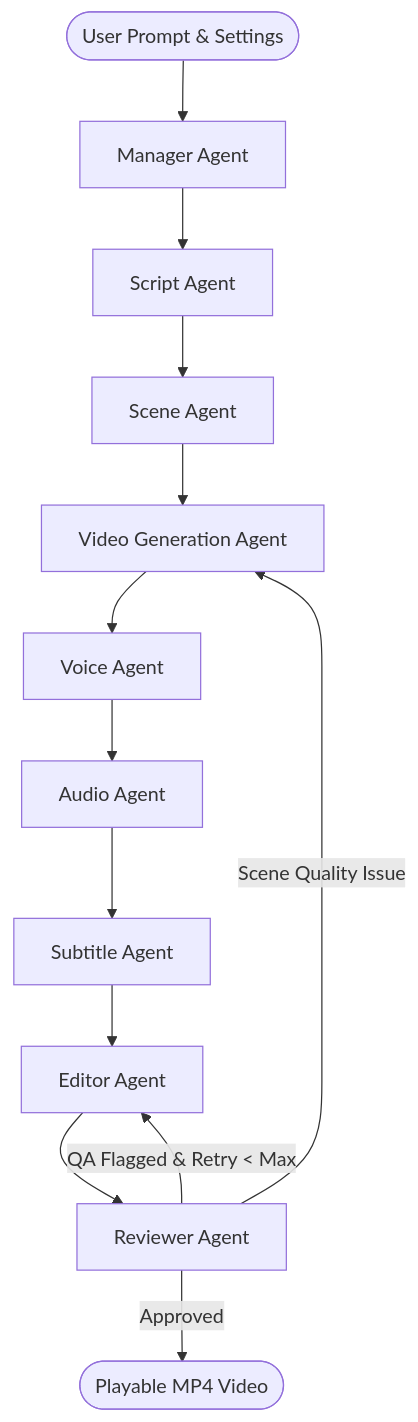
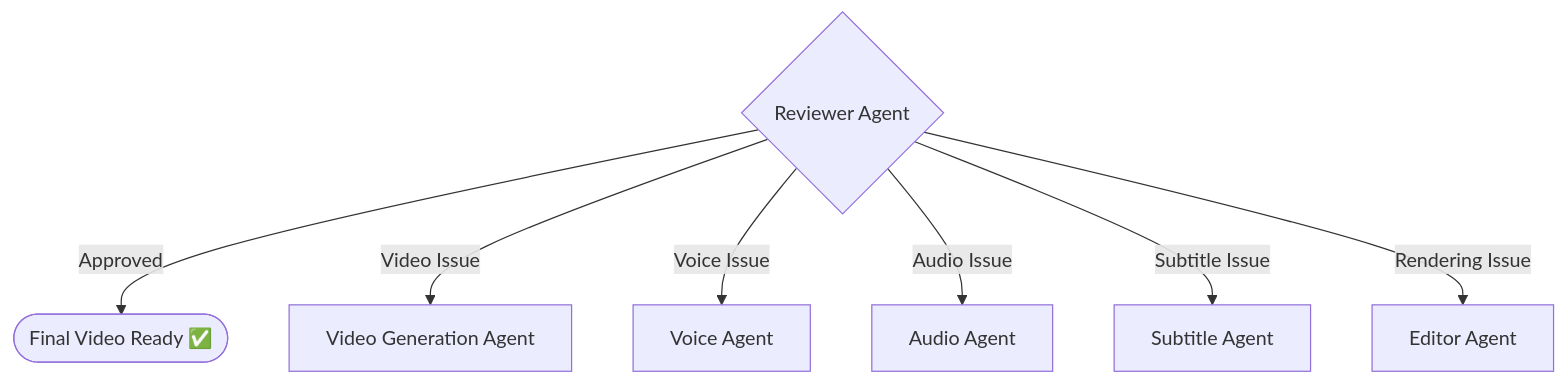
One commit to Mehak-Maan/AI-Content-Studio changed the diagram in README.md. Above: the diagram before and after it, drawn with Mermaid. The commit also changed other lines of this file, not shown here.

````diff
--- a/README.md
+++ b/README.md
@@ -18,15 +256,9 @@
 ```mermaid
 graph TD
-    User([User Prompt & Settings]) --> Manager[Manager Agent]
-    Manager --> Script[Script Agent]
-    Script --> Scene[Scene Agent]
-    Scene --> Video[Video Generation Agent]
-    Video --> Voice[Voice Agent]
-    Voice --> Audio[Audio Agent]
-    Audio --> Subtitle[Subtitle Agent]
-    Subtitle --> Editor[Editor Agent]
-    Editor --> Reviewer[Reviewer Agent]
-    Reviewer -->|Approved| Final([Playable MP4 Video])
-    Reviewer -->|QA Flagged & Retry < Max| Editor
-    Reviewer -->|Scene Quality Issue| Video
+    Reviewer{Reviewer Agent} -->|Approved| Done([Final Video Ready ✅])
+    Reviewer -->|Video Issue| Video[Video Generation Agent]
+    Reviewer -->|Voice Issue| Voice[Voice Agent]
+    Reviewer -->|Audio Issue| Audio[Audio Agent]
+    Reviewer -->|Subtitle Issue| Subtitle[Subtitle Agent]
+    Reviewer -->|Rendering Issue| Editor[Editor Agent]
 ```
````
